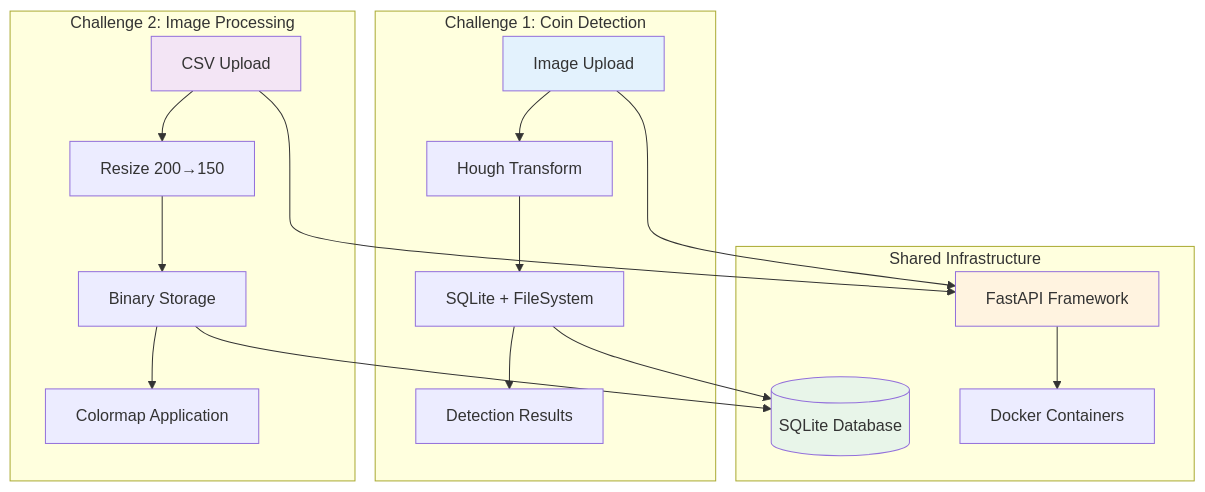
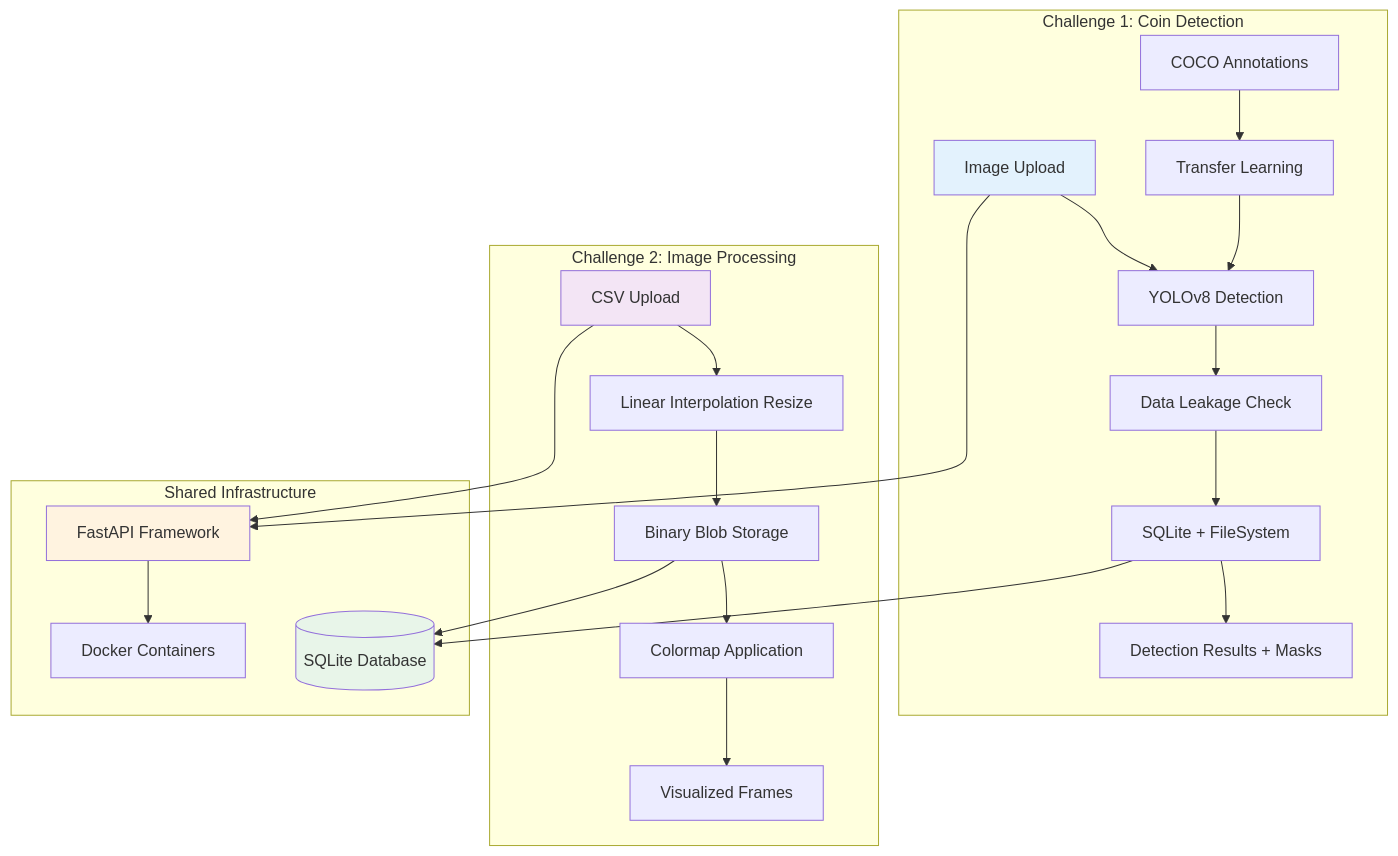
The diagram in README.md (Pranav63/G42_Challenge), drawn with Mermaid before and after one commit. The commit also changed other lines of this file, not shown here.

````diff
--- a/README.md
+++ b/README.md
@@ -17,29 +14,33 @@
 ```mermaid
 graph TB
     subgraph "Challenge 1: Coin Detection"
-        C1[Image Upload] --> D1[Hough Transform]
-        D1 --> S1[SQLite + FileSystem]
-        S1 --> R1[Detection Results]
+        C1[Image Upload] --> Y1[YOLOv8 Detection]
+        T1[COCO Annotations] --> TR[Transfer Learning]
+        TR --> Y1
+        Y1 --> DL[Data Leakage Check]
+        DL --> S1[SQLite + FileSystem]
+        S1 --> R1[Detection Results + Masks]
     end
     
     subgraph "Challenge 2: Image Processing"
-        C2[CSV Upload] --> D2[Resize 200→150]
-        D2 --> S2[Binary Storage]
-        S2 --> R2[Colormap Application]
+        C2[CSV Upload] --> D2[Linear Interpolation Resize]
+        D2 --> S2[Binary Blob Storage]
+        S2 --> CM[Colormap Application]
+        CM --> R2[Visualized Frames]
     end
     
     subgraph "Shared Infrastructure"
         API[FastAPI Framework]
         DB[(SQLite Database)]
         DOC[Docker Containers]
     end
     
     C1 & C2 --> API
     S1 & S2 --> DB
     API --> DOC
     
     style C1 fill:#e3f2fd
     style C2 fill:#f3e5f5
     style API fill:#fff3e0
     style DB fill:#e8f5e9
 ```
````
